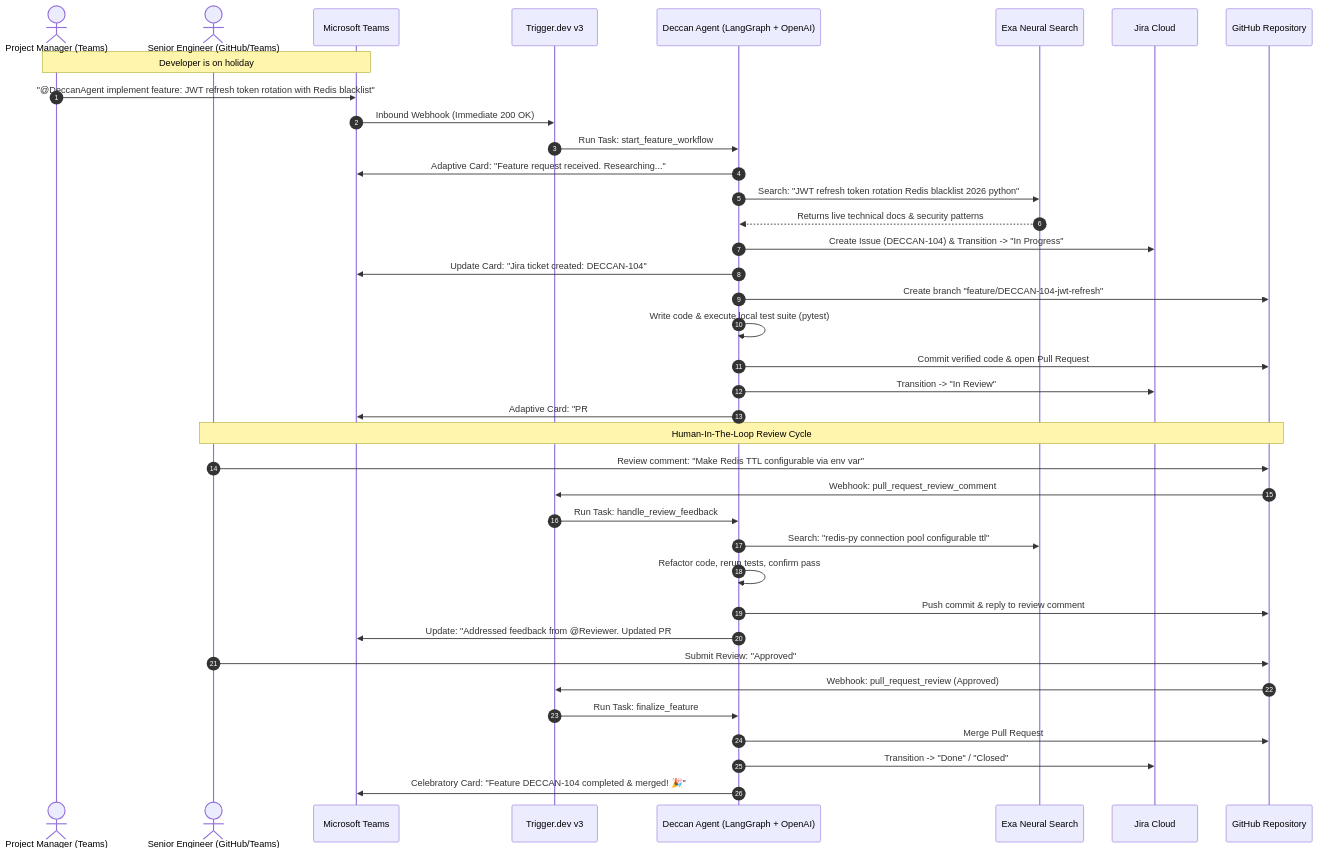
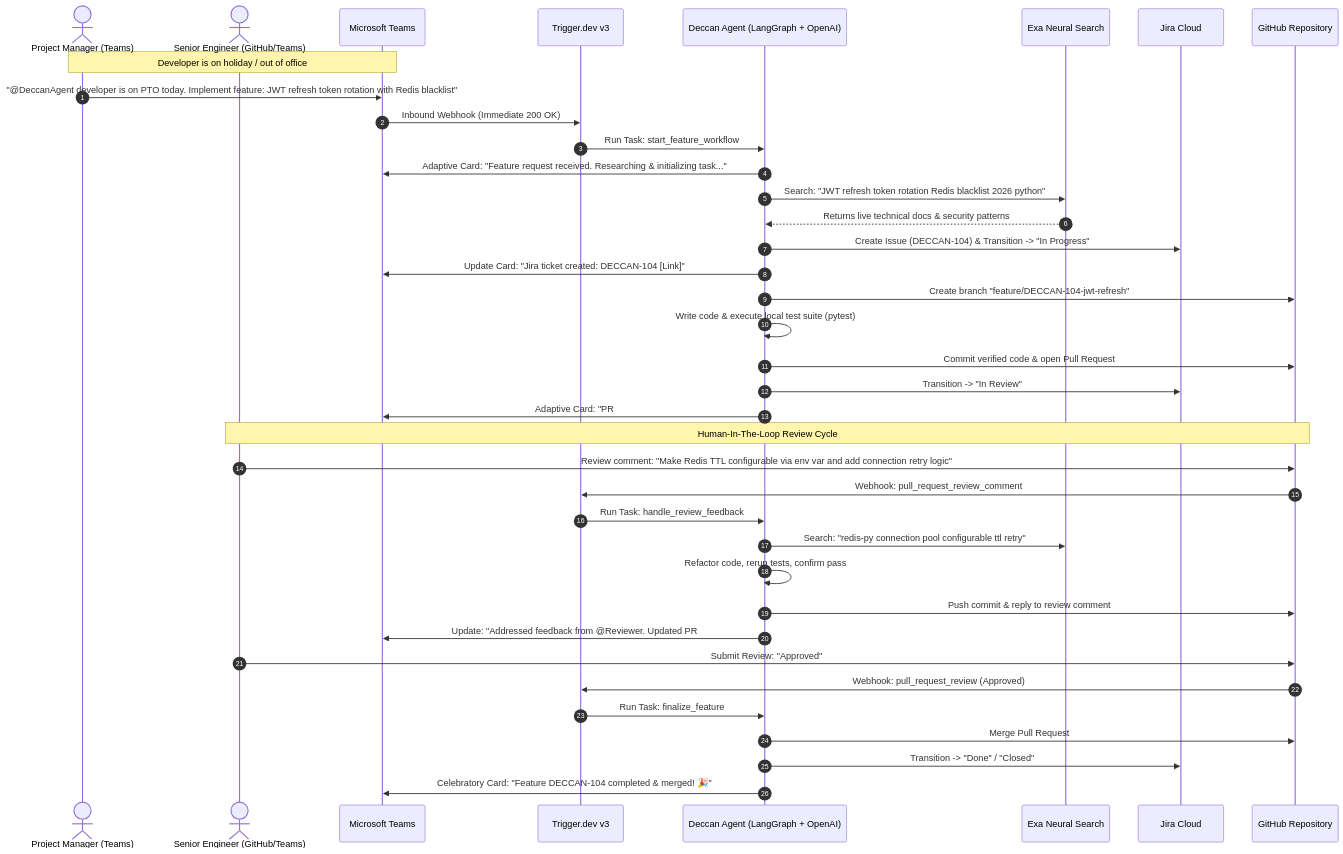
Before and after one commit to oxidebits/Deccan-Agents: the first of 2 diagrams in DECCAN_AGENTS_PLAN.md, drawn with Mermaid. The commit also changed other lines of this file and 11 other files, not shown here.

````diff
--- a/DECCAN_AGENTS_PLAN.md
+++ b/DECCAN_AGENTS_PLAN.md
@@ -42,49 +40,49 @@
 ```mermaid
 sequenceDiagram
     autonumber
     actor PM as Project Manager (Teams)
     actor Reviewer as Senior Engineer (GitHub/Teams)
     participant Teams as Microsoft Teams
     participant Trigger as Trigger.dev v3
     participant Agent as Deccan Agent (LangGraph + OpenAI)
     participant Exa as Exa Neural Search
     participant Jira as Jira Cloud
     participant GitHub as GitHub Repository
 
-    Note over PM, Teams: Developer is on holiday
-    PM->>Teams: "@DeccanAgent implement feature: JWT refresh token rotation with Redis blacklist"
+    Note over PM, Teams: Developer is on holiday / out of office
+    PM->>Teams: "@DeccanAgent developer is on PTO today. Implement feature: JWT refresh token rotation with Redis blacklist"
     Teams->>Trigger: Inbound Webhook (Immediate 200 OK)
     Trigger->>Agent: Run Task: start_feature_workflow
-    Agent->>Teams: Adaptive Card: "Feature request received. Researching..."
+    Agent->>Teams: Adaptive Card: "Feature request received. Researching & initializing task..."
     
     Agent->>Exa: Search: "JWT refresh token rotation Redis blacklist 2026 python"
     Exa-->>Agent: Returns live technical docs & security patterns
     
     Agent->>Jira: Create Issue (DECCAN-104) & Transition -> "In Progress"
-    Agent->>Teams: Update Card: "Jira ticket created: DECCAN-104"
+    Agent->>Teams: Update Card: "Jira ticket created: DECCAN-104 [Link]"
     
     Agent->>GitHub: Create branch "feature/DECCAN-104-jwt-refresh"
     Agent->>Agent: Write code & execute local test suite (pytest)
     Agent->>GitHub: Commit verified code & open Pull Request #42
     
     Agent->>Jira: Transition -> "In Review"
-    Agent->>Teams: Adaptive Card: "PR #42 opened! @Reviewer please review."
+    Agent->>Teams: Adaptive Card: "PR #42 opened! @Reviewer please review. [View PR]"
     
     Note over Reviewer, GitHub: Human-In-The-Loop Review Cycle
-    Reviewer->>GitHub: Review comment: "Make Redis TTL configurable via env var"
+    Reviewer->>GitHub: Review comment: "Make Redis TTL configurable via env var and add connection retry logic"
     GitHub->>Trigger: Webhook: pull_request_review_comment
     Trigger->>Agent: Run Task: handle_review_feedback
     
-    Agent->>Exa: Search: "redis-py connection pool configurable ttl"
+    Agent->>Exa: Search: "redis-py connection pool configurable ttl retry"
     Agent->>Agent: Refactor code, rerun tests, confirm pass
     Agent->>GitHub: Push commit & reply to review comment
     Agent->>Teams: Update: "Addressed feedback from @Reviewer. Updated PR #42."
     
     Reviewer->>GitHub: Submit Review: "Approved"
     GitHub->>Trigger: Webhook: pull_request_review (Approved)
     Trigger->>Agent: Run Task: finalize_feature
     
     Agent->>GitHub: Merge Pull Request #42
     Agent->>Jira: Transition -> "Done" / "Closed"
     Agent->>Teams: Celebratory Card: "Feature DECCAN-104 completed & merged! 🎉"
 ```
````
